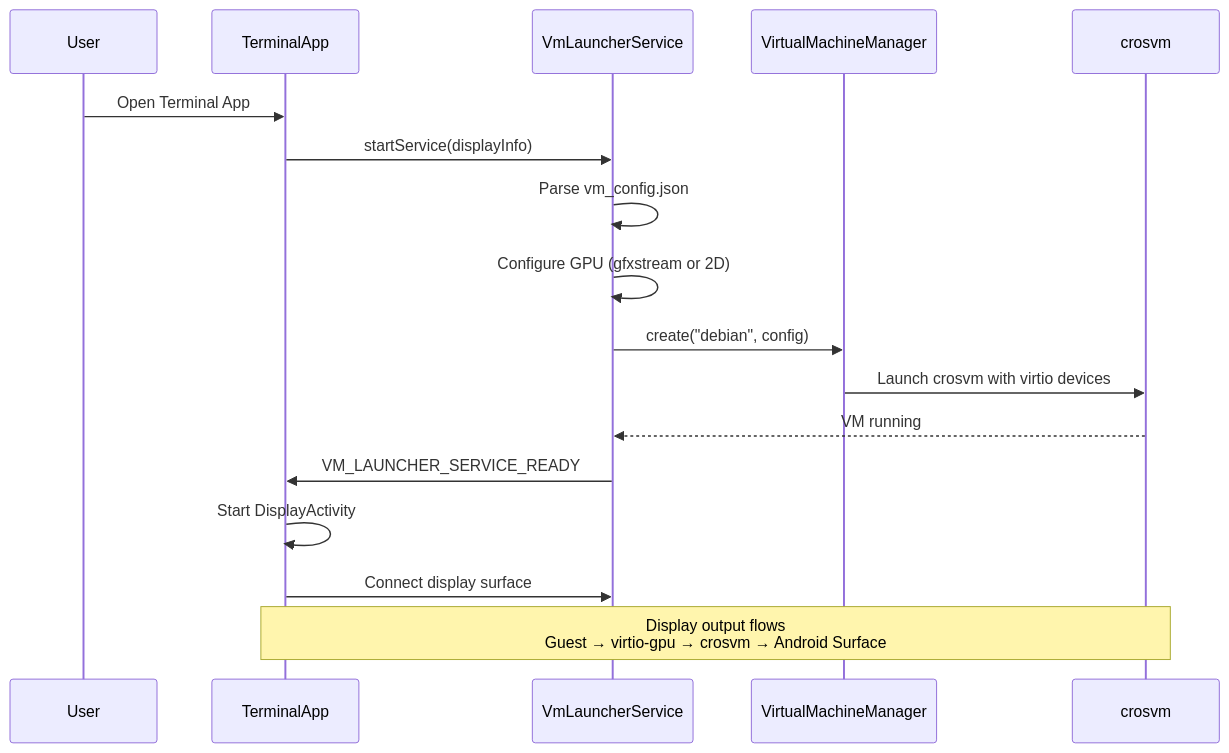
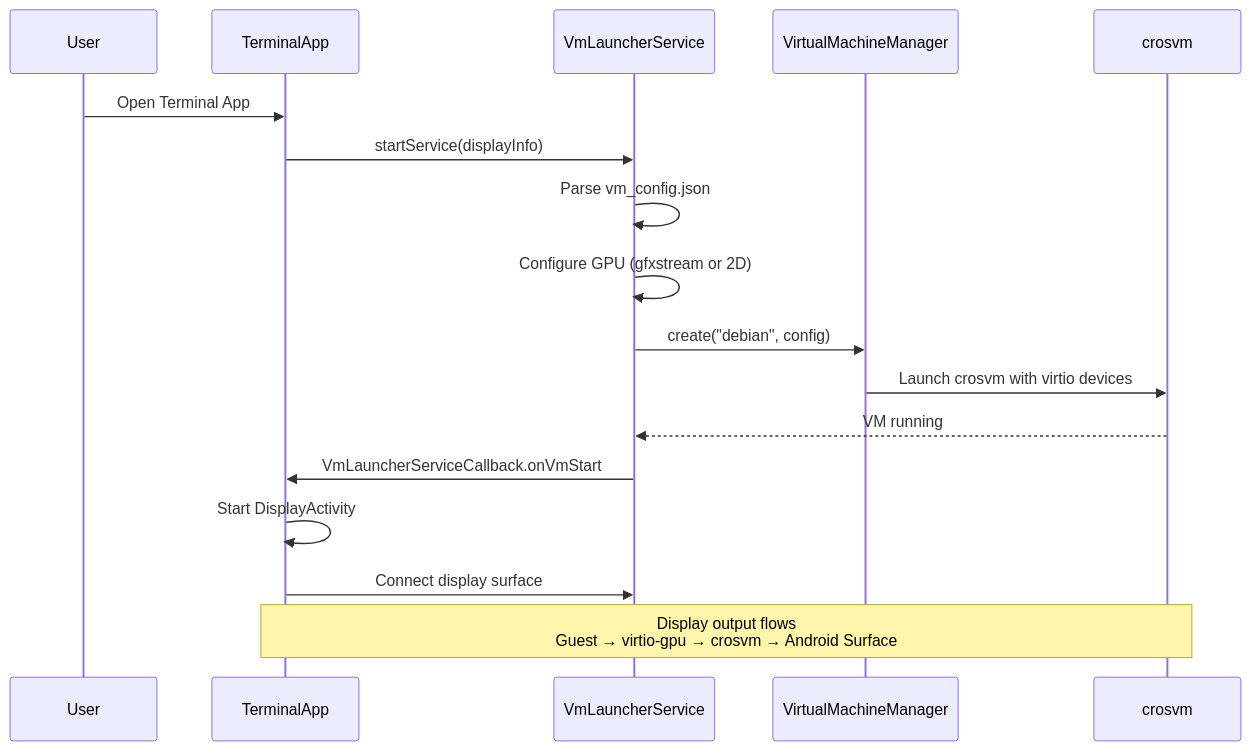
Diagram 24 of 38 in 56-virtualization.md (aospbooks/aosp-internal-book), drawn with Mermaid before and after one commit. The commit also changed other lines of this file and 218 other files, not shown here.

````diff
--- a/56-virtualization.md
+++ b/56-virtualization.md
@@ -2964,20 +2990,20 @@
 ```mermaid
 sequenceDiagram
     participant User
     participant TA as TerminalApp
     participant VMS as VmLauncherService
     participant VMM as VirtualMachineManager
     participant CV as crosvm
 
     User->>TA: Open Terminal App
     TA->>VMS: startService(displayInfo)
     VMS->>VMS: Parse vm_config.json
     VMS->>VMS: Configure GPU (gfxstream or 2D)
     VMS->>VMM: create("debian", config)
     VMM->>CV: Launch crosvm with virtio devices
     CV-->>VMS: VM running
-    VMS->>TA: VM_LAUNCHER_SERVICE_READY
+    VMS->>TA: VmLauncherServiceCallback.onVmStart
     TA->>TA: Start DisplayActivity
     TA->>VMS: Connect display surface
     Note over TA,CV: Display output flows<br/>Guest → virtio-gpu → crosvm → Android Surface
 ```
````
